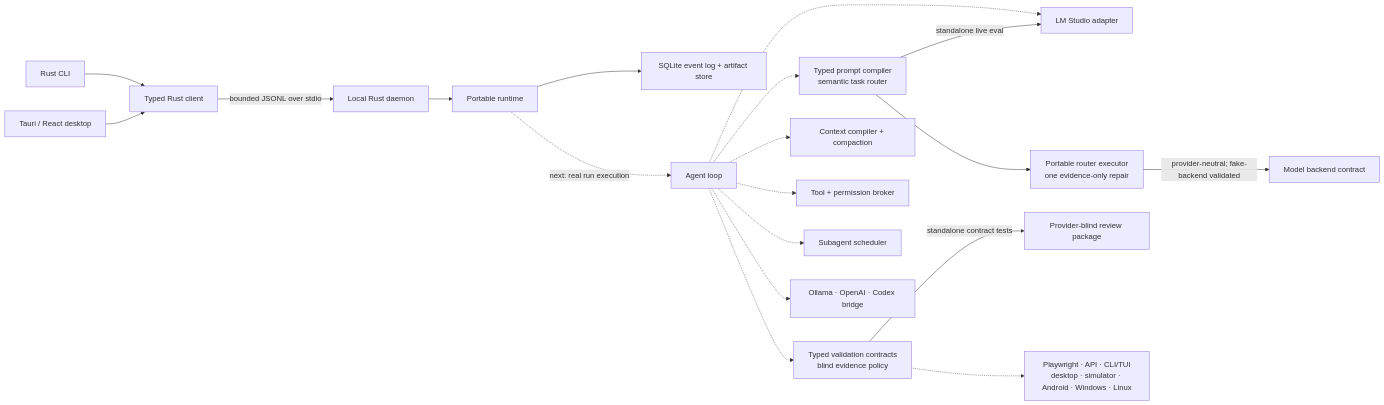
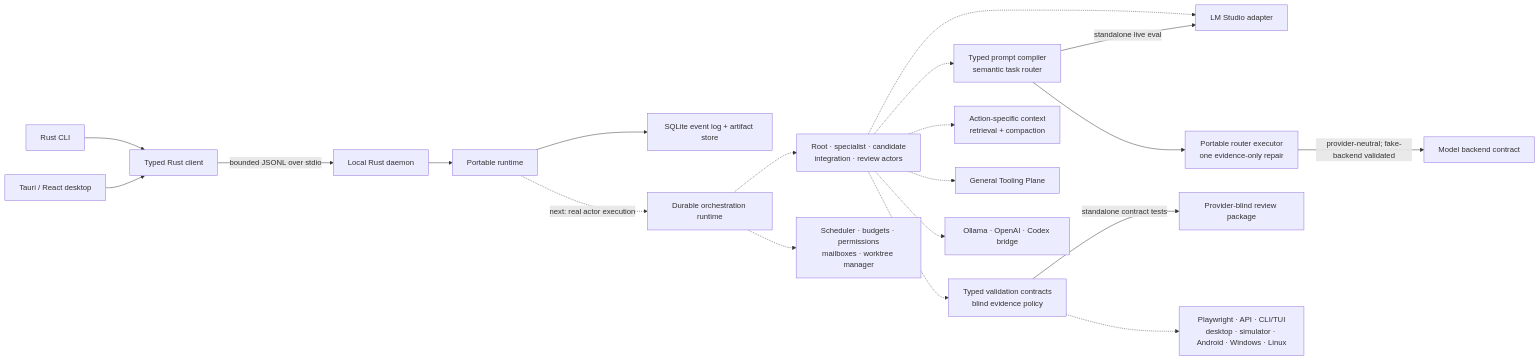
The diagram in README.md (Jawbreaker1/BirdCode), drawn with Mermaid before and after one commit. The commit also changed other lines of this file and 63 other files, not shown here.

````diff
--- a/README.md
+++ b/README.md
@@ -173,23 +215,24 @@
 ```mermaid
 flowchart LR
     Desktop["Tauri / React desktop"] --> Client["Typed Rust client"]
     CLI["Rust CLI"] --> Client
     Client -->|"bounded JSONL over stdio"| Daemon["Local Rust daemon"]
     Daemon --> Runtime["Portable runtime"]
     Runtime --> Store["SQLite event log + artifact store"]
 
     Prompting["Typed prompt compiler<br/>semantic task router"] -->|"standalone live eval"| LMStudio["LM Studio adapter"]
     Prompting --> RouterExecutor["Portable router executor<br/>one evidence-only repair"]
     RouterExecutor -->|"provider-neutral; fake-backend validated"| ModelBackend["Model backend contract"]
     Validation["Typed validation contracts<br/>blind evidence policy"] -->|"standalone contract tests"| Blind["Provider-blind review package"]
 
-    Runtime -.->|"next: real run execution"| AgentLoop["Agent loop"]
-    AgentLoop -.-> Prompting
-    AgentLoop -.-> LMStudio
-    AgentLoop -.-> Context["Context compiler + compaction"]
-    AgentLoop -.-> Tools["Tool + permission broker"]
-    AgentLoop -.-> Scheduler["Subagent scheduler"]
-    AgentLoop -.-> Validation
+    Runtime -.->|"next: real actor execution"| Orchestrator["Durable orchestration runtime"]
+    Orchestrator -.-> Actors["Root · specialist · candidate<br/>integration · review actors"]
+    Orchestrator -.-> Coordination["Scheduler · budgets · permissions<br/>mailboxes · worktree manager"]
+    Actors -.-> Prompting
+    Actors -.-> LMStudio
+    Actors -.-> Context["Action-specific context<br/>retrieval + compaction"]
+    Actors -.-> Tools["General Tooling Plane"]
+    Actors -.-> Validation
     Validation -.-> Adapters["Playwright · API · CLI/TUI<br/>desktop · simulator · Android · Windows · Linux"]
-    AgentLoop -.-> Providers["Ollama · OpenAI · Codex bridge"]
+    Actors -.-> Providers["Ollama · OpenAI · Codex bridge"]
 ```
````
